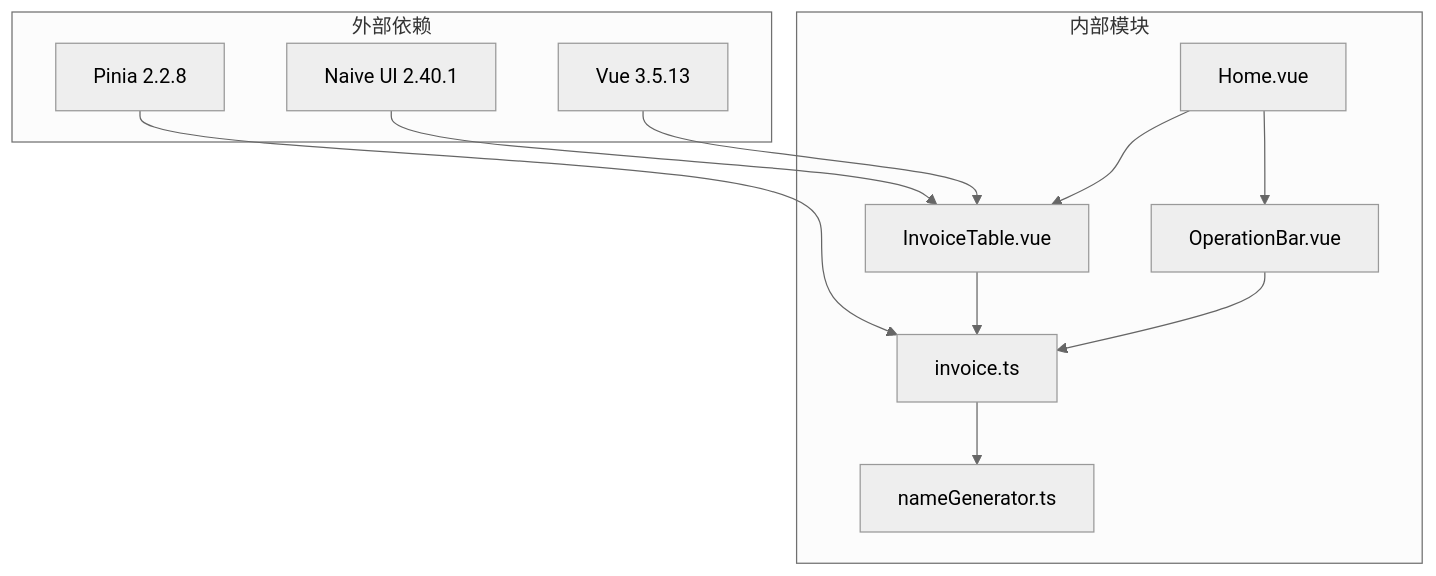
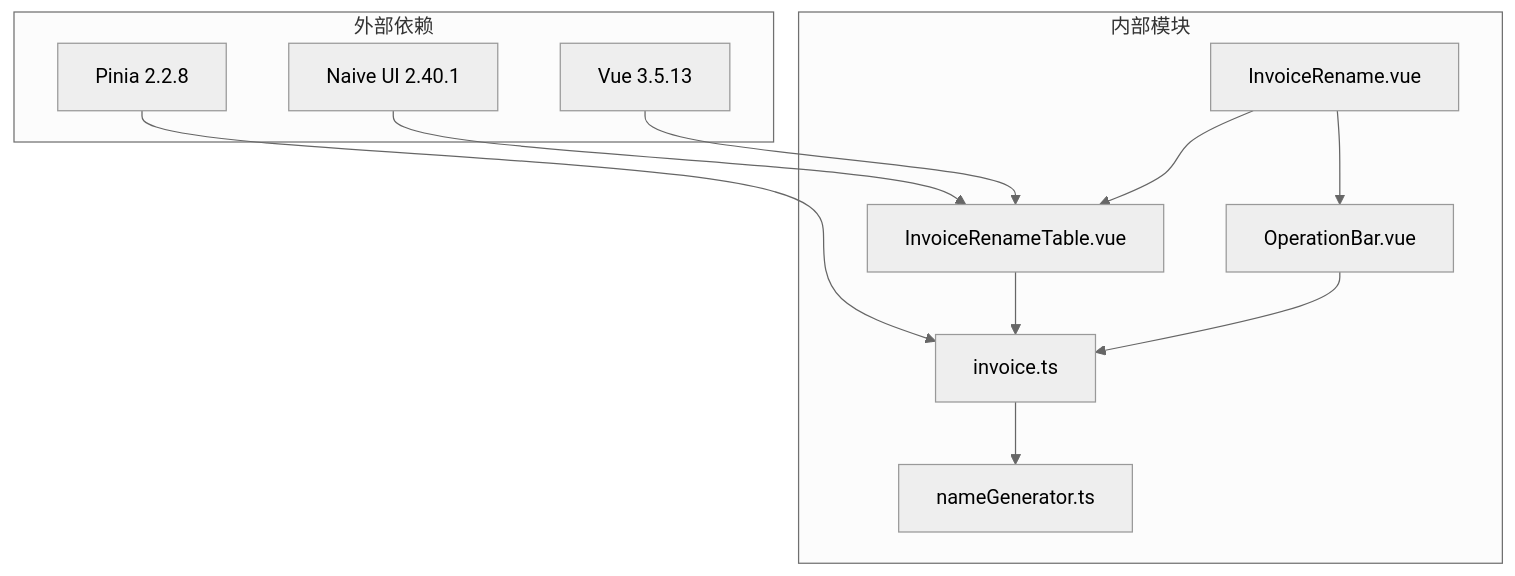
Before and after one commit to dunhuixiao/FinanceTools: the eighth of 10 diagrams in .qoder/repowiki/zh/content/组件架构设计/发票数据表格组件/发票重命名表格组件.md, drawn with Mermaid (neutral theme). The commit also changed other lines of this file and 4 other files, not shown here.

````diff
--- a/.qoder/repowiki/zh/content/组件架构设计/发票数据表格组件/发票重命名表格组件.md
+++ b/.qoder/repowiki/zh/content/组件架构设计/发票数据表格组件/发票重命名表格组件.md
@@ -419,23 +416,23 @@
 ```mermaid
 graph TB
 subgraph "外部依赖"
 NaiveUI[Naive UI 2.40.1]
 Vue[Vue 3.5.13]
 Pinia[Pinia 2.2.8]
 end
 subgraph "内部模块"
-InvoiceTable[InvoiceTable.vue]
-HomeView[Home.vue]
+InvoiceRenameTable[InvoiceRenameTable.vue]
+InvoiceRenameView[InvoiceRename.vue]
 InvoiceStore[invoice.ts]
 NameGenerator[nameGenerator.ts]
 OperationBar[OperationBar.vue]
 end
-NaiveUI --> InvoiceTable
-Vue --> InvoiceTable
+NaiveUI --> InvoiceRenameTable
+Vue --> InvoiceRenameTable
 Pinia --> InvoiceStore
-HomeView --> InvoiceTable
-HomeView --> OperationBar
-InvoiceTable --> InvoiceStore
+InvoiceRenameView --> InvoiceRenameTable
+InvoiceRenameView --> OperationBar
+InvoiceRenameTable --> InvoiceStore
 InvoiceStore --> NameGenerator
 OperationBar --> InvoiceStore
 ```
````
